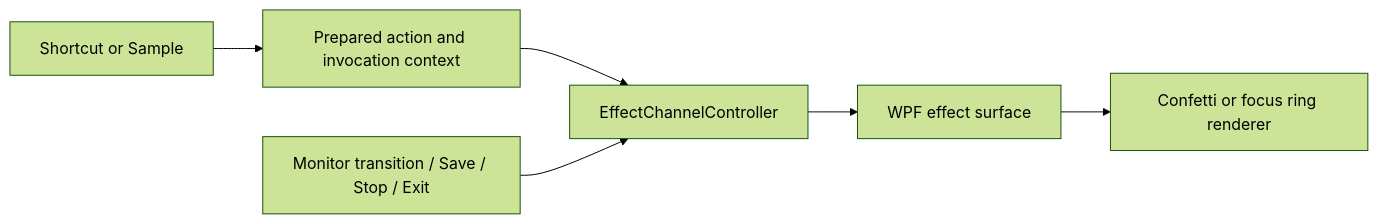
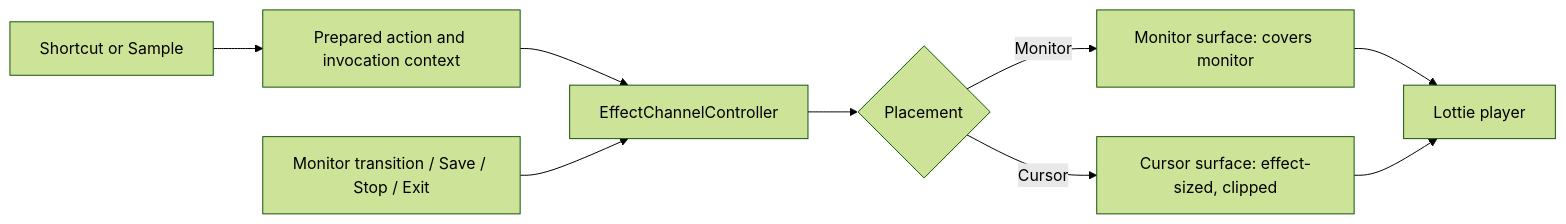
The diagram in docs/v4/ROADMAP-v4.md (maxViolet/drawEM), drawn with Mermaid (forest theme) before and after one commit. The commit also changed other lines of this file and 25 other files, not shown here.

Commit message:
docs: rewrite v4 roadmap for monitor and cursor lottie effects

````diff
--- a/docs/v4/ROADMAP-v4.md
+++ b/docs/v4/ROADMAP-v4.md
@@ -128,8 +164,11 @@
 ```mermaid
 flowchart LR
     A[Shortcut or Sample] --> B[Prepared action and invocation context]
     B --> C[EffectChannelController]
     D[Monitor transition / Save / Stop / Exit] --> C
-    C --> E[WPF effect surface]
-    E --> F[Confetti or focus ring renderer]
+    C --> E{Placement}
+    E -->|Monitor| F[Monitor surface: covers monitor]
+    E -->|Cursor| G[Cursor surface: effect-sized, clipped]
+    F --> H[Lottie player]
+    G --> H
 ```
````
